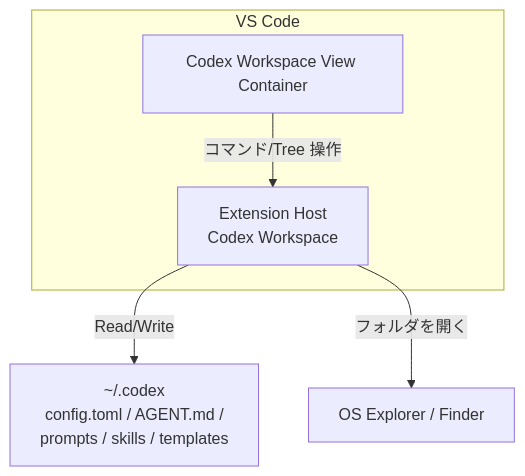
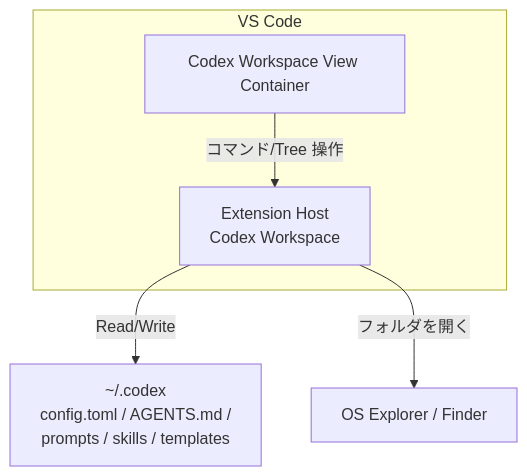
Before and after one commit to Knworks/codex-workspace: the diagram in docs/02_architect.md, drawn with Mermaid. The commit also changed other lines of this file and 47 other files, not shown here.

````diff
--- a/docs/02_architect.md
+++ b/docs/02_architect.md
@@ -144,14 +144,14 @@
 ```mermaid
 flowchart TB
   subgraph VSCode[VS Code]
     UI[Codex Workspace View Container]
     Ext[Extension Host\nCodex Workspace]
   end
 
-  FS[~/.codex\nconfig.toml / AGENT.md /\nprompts / skills / templates]
+  FS[~/.codex\nconfig.toml / AGENTS.md /\nprompts / skills / templates]
   OS[OS Explorer / Finder]
 
   UI -->|コマンド/Tree 操作| Ext
   Ext -->|Read/Write| FS
   Ext -->|フォルダを開く| OS
 ```
````
